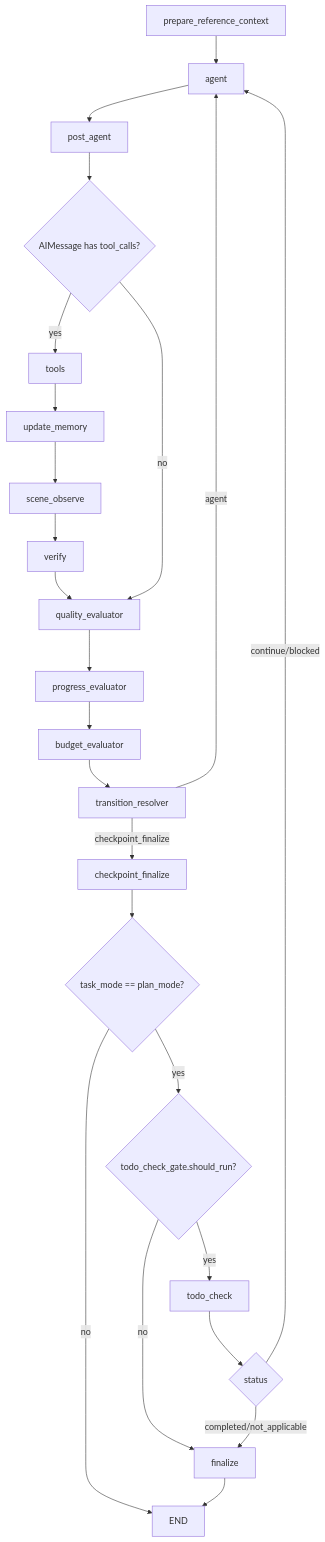
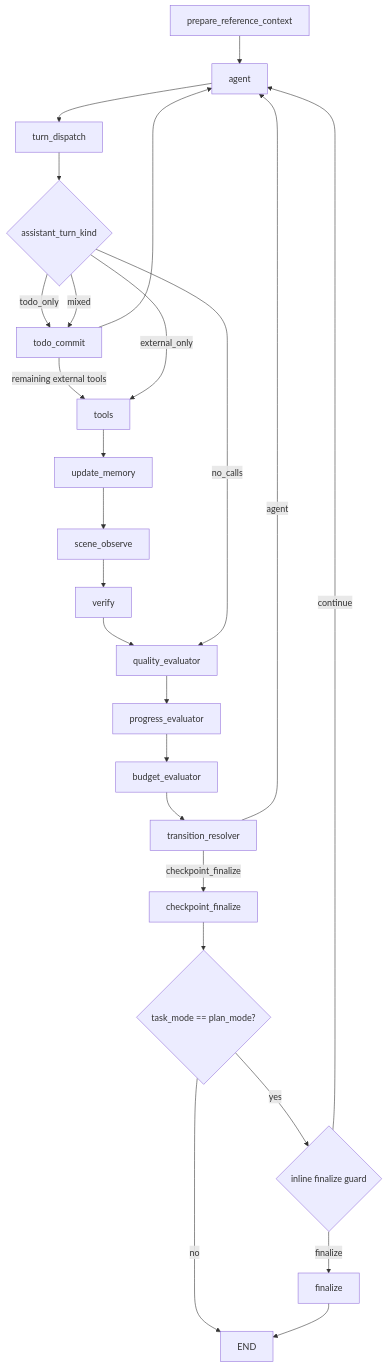
The third of 5 diagrams in docs/architecture/current-agent-workflow.md (3DSceneAgent/Vibe3DScene), drawn with Mermaid before and after one commit. The commit also changed other lines of this file and 27 other files, not shown here.

````diff
--- a/docs/architecture/current-agent-workflow.md
+++ b/docs/architecture/current-agent-workflow.md
@@ -89,32 +93,34 @@
 ```mermaid
 flowchart TD
     A["prepare_reference_context"] --> B["agent"]
-    B --> C["post_agent"]
-    C --> D{"AIMessage has tool_calls?"}
+    B --> C["turn_dispatch"]
+    C --> D{"assistant_turn_kind"}
 
-    D -->|yes| E["tools"]
-    E --> F["update_memory"]
-    F --> G["scene_observe"]
-    G --> H["verify"]
-    H --> I["quality_evaluator"]
+    D -->|todo_only| E["todo_commit"]
+    E --> B
 
-    D -->|no| I
+    D -->|mixed| E
+    E -->|remaining external tools| F["tools"]
 
-    I --> J["progress_evaluator"]
-    J --> K["budget_evaluator"]
-    K --> L["transition_resolver"]
+    D -->|external_only| F
+    F --> G["update_memory"]
+    G --> H["scene_observe"]
+    H --> I["verify"]
+    I --> J["quality_evaluator"]
 
-    L -->|agent| B
-    L -->|checkpoint_finalize| M["checkpoint_finalize"]
+    D -->|no_calls| J
 
-    M --> N{"task_mode == plan_mode?"}
-    N -->|no| R["END"]
-    N -->|yes| O{"todo_check_gate.should_run?"}
-    O -->|yes| P["todo_check"]
-    O -->|no| Q["finalize"]
+    J --> K["progress_evaluator"]
+    K --> L["budget_evaluator"]
+    L --> M["transition_resolver"]
 
-    P --> S{"status"}
-    S -->|completed/not_applicable| Q
-    S -->|continue/blocked| B
-    Q --> R
+    M -->|agent| B
+    M -->|checkpoint_finalize| N["checkpoint_finalize"]
+
+    N --> O{"task_mode == plan_mode?"}
+    O -->|no| S["END"]
+    O -->|yes| P{"inline finalize guard"}
+    P -->|continue| B
+    P -->|finalize| R["finalize"]
+    R --> S
 ```
````
